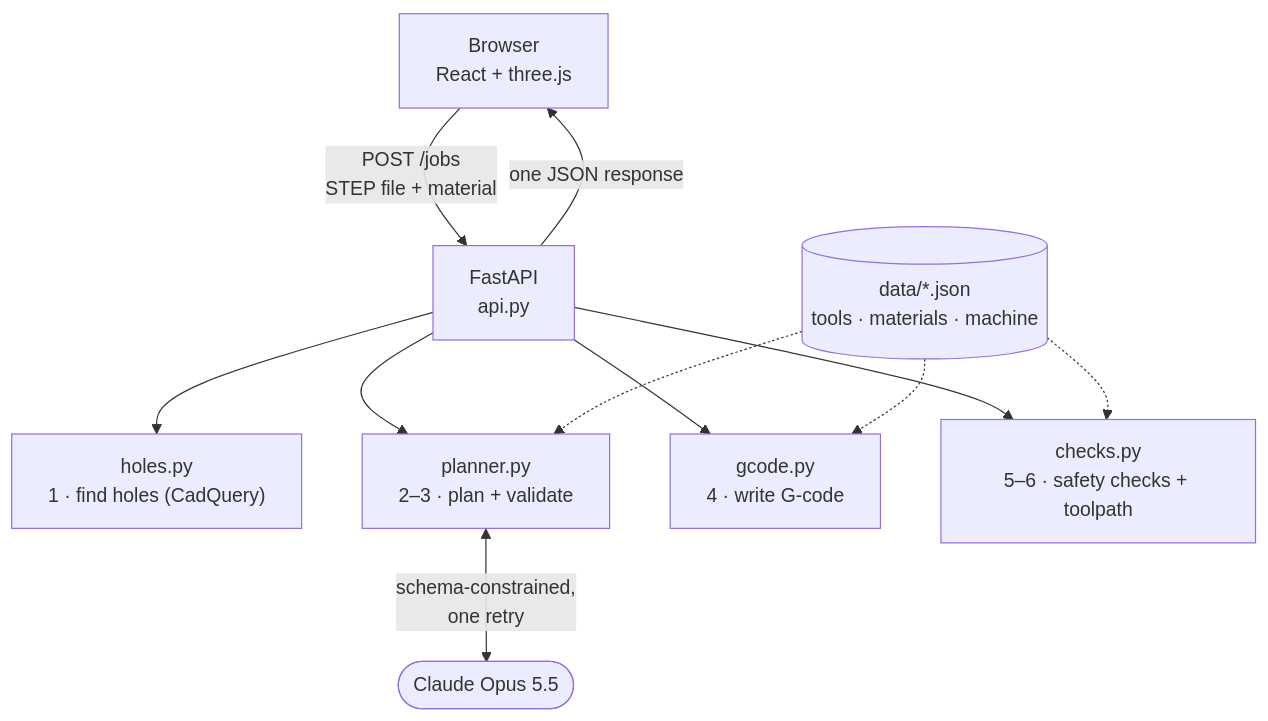
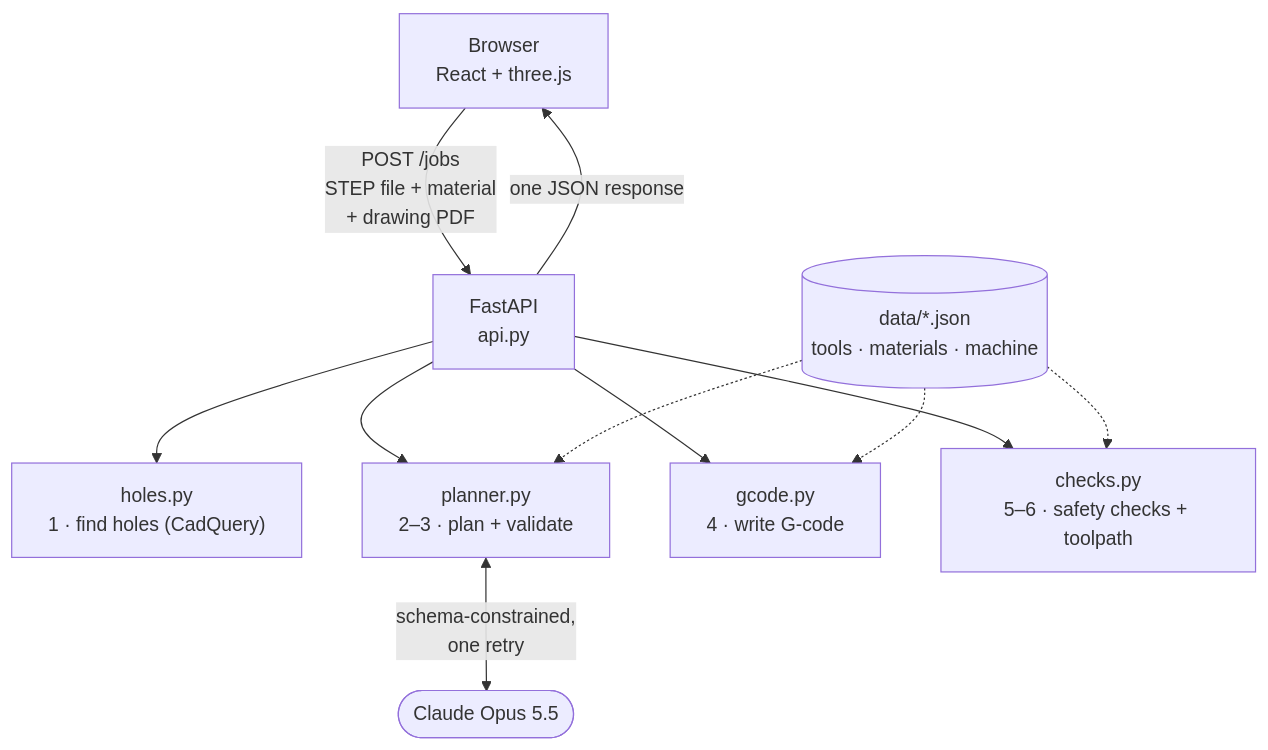
The fifth of 5 diagrams in docs/HOW-IT-WORKS.md (rrhodeswebdev/hole-cam), drawn with Mermaid before and after one commit. The commit also changed other lines of this file and 16 other files, not shown here.

````diff
--- a/docs/HOW-IT-WORKS.md
+++ b/docs/HOW-IT-WORKS.md
@@ -263,13 +288,13 @@
 ```mermaid
 flowchart TD
-    browser["Browser<br/>React + three.js"] -->|"POST /jobs<br/>STEP file + material"| api["FastAPI<br/>api.py"]
+    browser["Browser<br/>React + three.js"] -->|"POST /jobs<br/>STEP file + material<br/>+ drawing PDF"| api["FastAPI<br/>api.py"]
     api --> holes["holes.py<br/>1 · find holes (CadQuery)"]
     api --> planner["planner.py<br/>2–3 · plan + validate"]
     planner <-->|"schema-constrained,<br/>one retry"| claude(["Claude Opus 5.5"])
     api --> gcode["gcode.py<br/>4 · write G-code"]
     api --> checks["checks.py<br/>5–6 · safety checks + toolpath"]
     data[("data/*.json<br/>tools · materials · machine")] -.-> planner
     data -.-> gcode
     data -.-> checks
     api -->|"one JSON response"| browser
 ```
````
